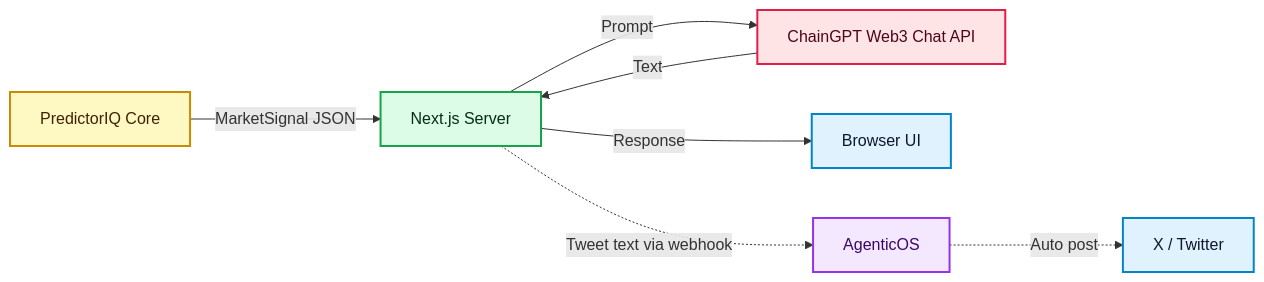
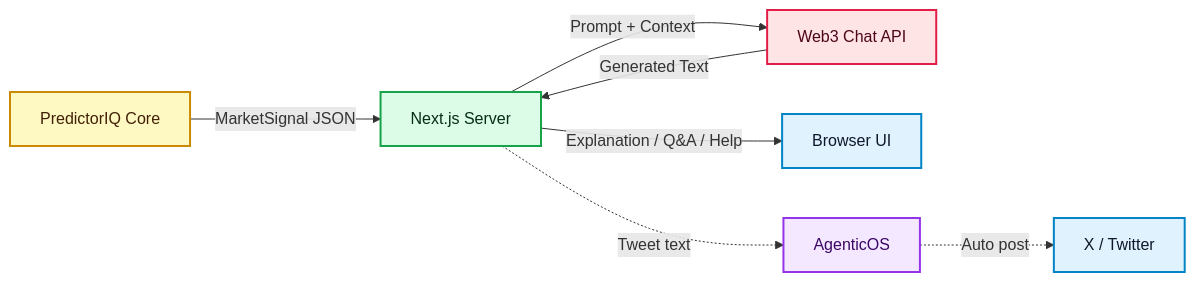
The first of 2 diagrams in docs/CHAINGPT_INTEGRATION_OVERVIEW.md (nelsonjingusc/predictoriq-demo), drawn with Mermaid before and after one commit.

Commit message:
update architecture

````diff
--- a/docs/CHAINGPT_INTEGRATION_OVERVIEW.md
+++ b/docs/CHAINGPT_INTEGRATION_OVERVIEW.md
@@ -14,22 +14,22 @@
 ```mermaid
 flowchart LR
   classDef data fill:#FEF9C3,stroke:#CA8A04,color:#422006,stroke-width:2px
   classDef server fill:#DCFCE7,stroke:#16A34A,color:#052E16,stroke-width:2px
-  classDef chaingpt fill:#FFE4E6,stroke:#E11D48,color:#4C0519,stroke-width:2px
+  classDef llm fill:#FFE4E6,stroke:#E11D48,color:#4C0519,stroke-width:2px
   classDef output fill:#E0F2FE,stroke:#0284C7,color:#0F172A,stroke-width:2px
   classDef agent fill:#F3E8FF,stroke:#9333EA,color:#3B0764,stroke-width:2px
 
   A[PredictorIQ Core]:::data
   B[Next.js Server]:::server
-  C[ChainGPT Web3 Chat API]:::chaingpt
+  C[Web3 Chat API]:::llm
   D[Browser UI]:::output
   E[AgenticOS]:::agent
   F[X / Twitter]:::output
 
   A -->|MarketSignal JSON| B
-  B -->|Prompt| C
-  C -->|Text| B
-  B -->|Response| D
-  B -.->|Tweet text via webhook| E
+  B -->|Prompt + Context| C
+  C -->|Generated Text| B
+  B -->|Explanation / Q&A / Help| D
+  B -.->|Tweet text| E
   E -.->|Auto post| F
 ```
````
